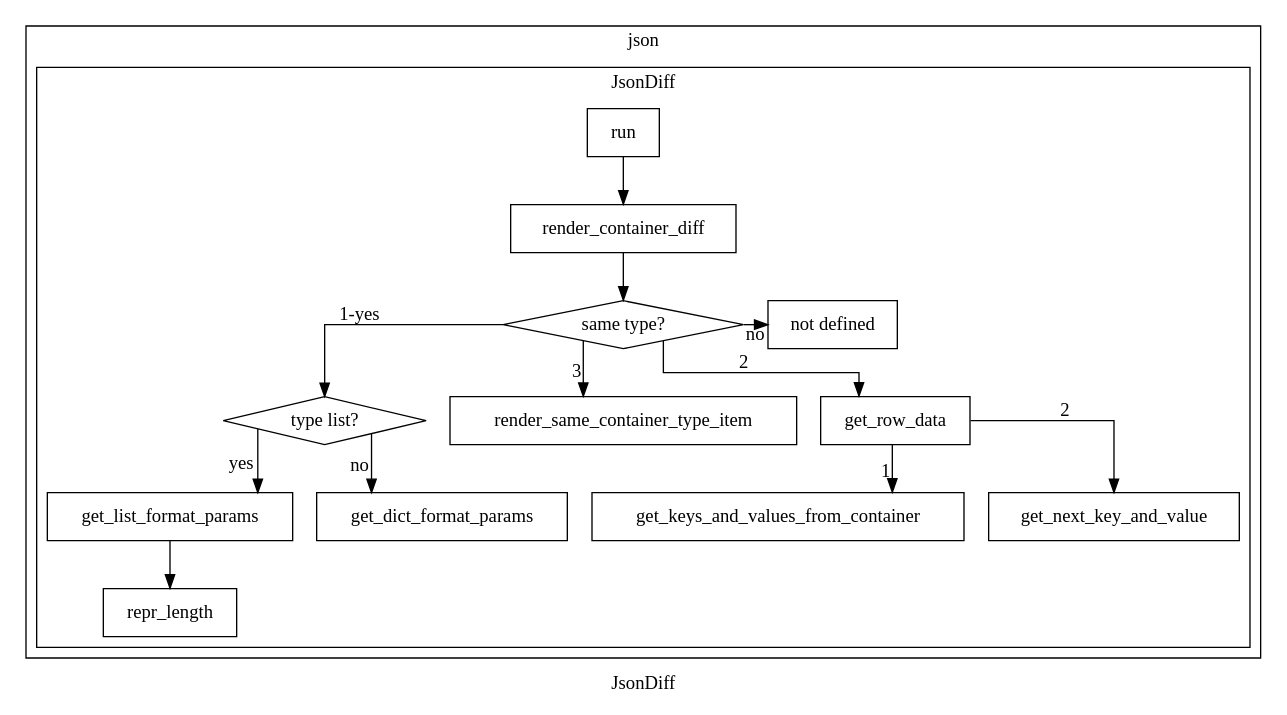
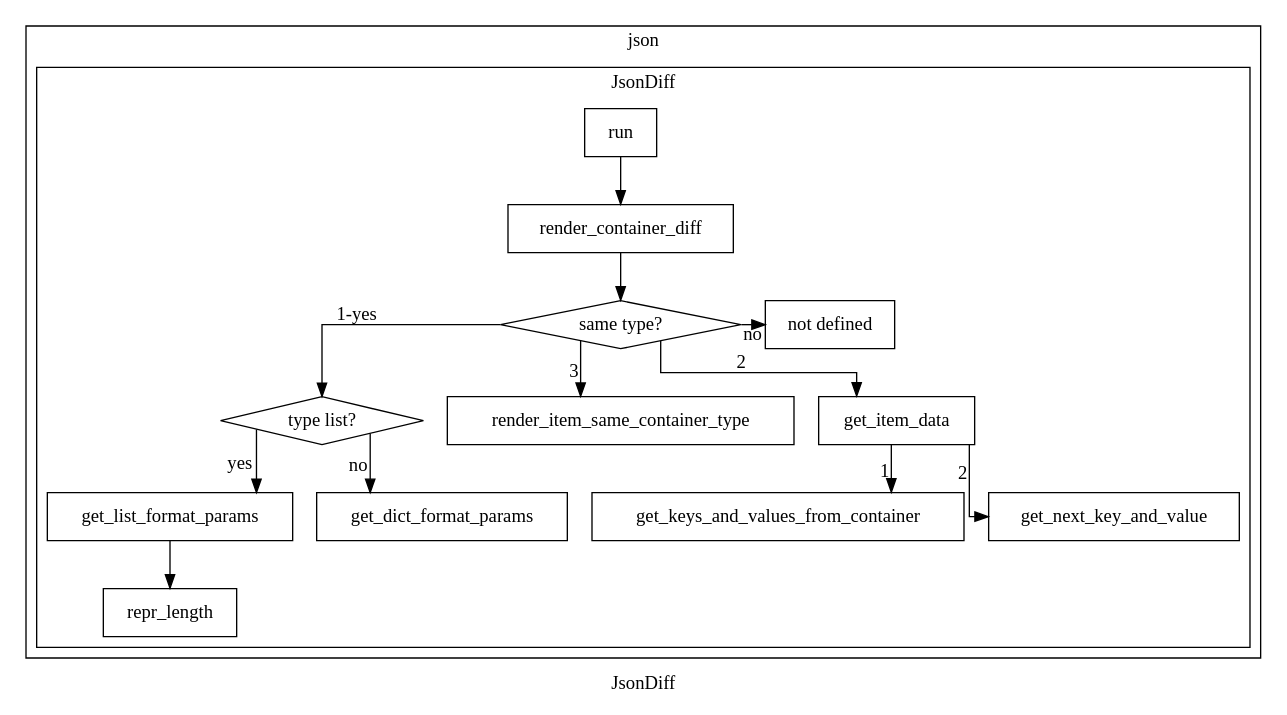
One commit to jocassid/jocassid-commons changed the diagram in docs/JsonDiff.dot. Above: the diagram before and after it, drawn with Graphviz. The commit also changed 4 other files, not shown here.

Commit message:
WIP: working on rendering container item

```diff
--- a/docs/JsonDiff.dot
+++ b/docs/JsonDiff.dot
@@ -1,44 +1,44 @@
 digraph JsonDiff{
   node [shape="rectangle"];
   label="JsonDiff";
   splines="ortho";
   subgraph cluster_json{
     label="json";
     subgraph cluster_JsonDiff{
       label="JsonDiff"
       run;
       render_container_diff;
       {
         rank="same";
 				same_type[label="same type?" shape="diamond"];
 				not_defined[label="not defined"];
 			}
       type_list[label="type list?" shape="diamond"];
       get_list_format_params;
       get_dict_format_params;
       repr_length;
-      render_same_container_type_item;
-      get_row_data;
+      render_item_same_container_type;
+      get_item_data;
       get_keys_and_values_from_container;
 
       run -> render_container_diff;
       render_container_diff -> same_type;
 
       same_type -> type_list[xlabel="1-yes"];
       same_type -> not_defined[xlabel="no"];
-      same_type -> get_row_data[xlabel="2"];
-      same_type -> render_same_container_type_item[xlabel="3"];
+      same_type -> get_item_data[xlabel="2"];
+      same_type -> render_item_same_container_type[xlabel="3"];
 
       type_list -> get_list_format_params[xlabel="yes"];
       type_list -> get_dict_format_params[xlabel="no"];
 
-      get_row_data -> get_keys_and_values_from_container[xlabel="1"];
-      get_row_data -> get_next_key_and_value[xlabel="2"];
+      get_item_data -> get_keys_and_values_from_container[xlabel="1"];
+      get_item_data -> get_next_key_and_value[xlabel="2"];
 
       get_list_format_params-> repr_length;
 
-      render_same_container_type_item;
+      render_item_same_container_type;
 
     }
   }
 }
```
